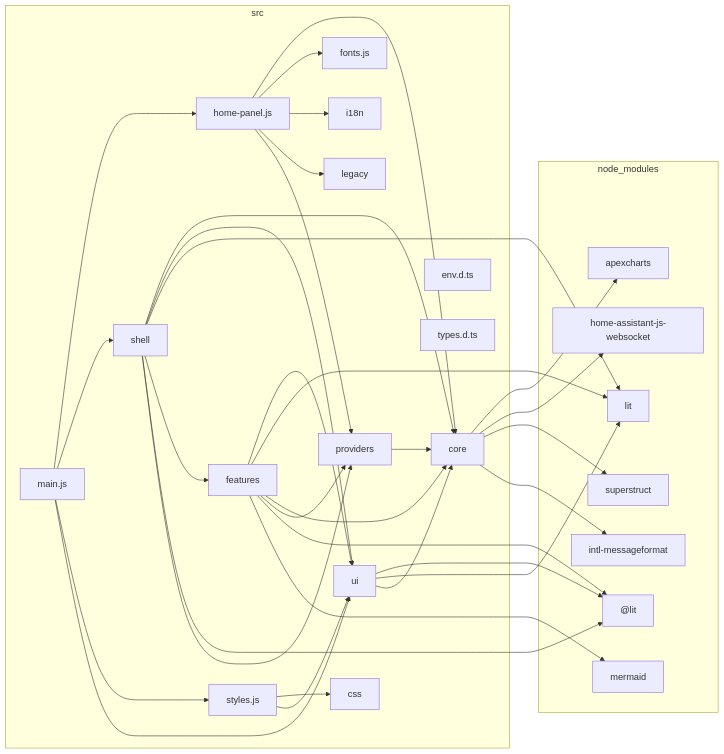
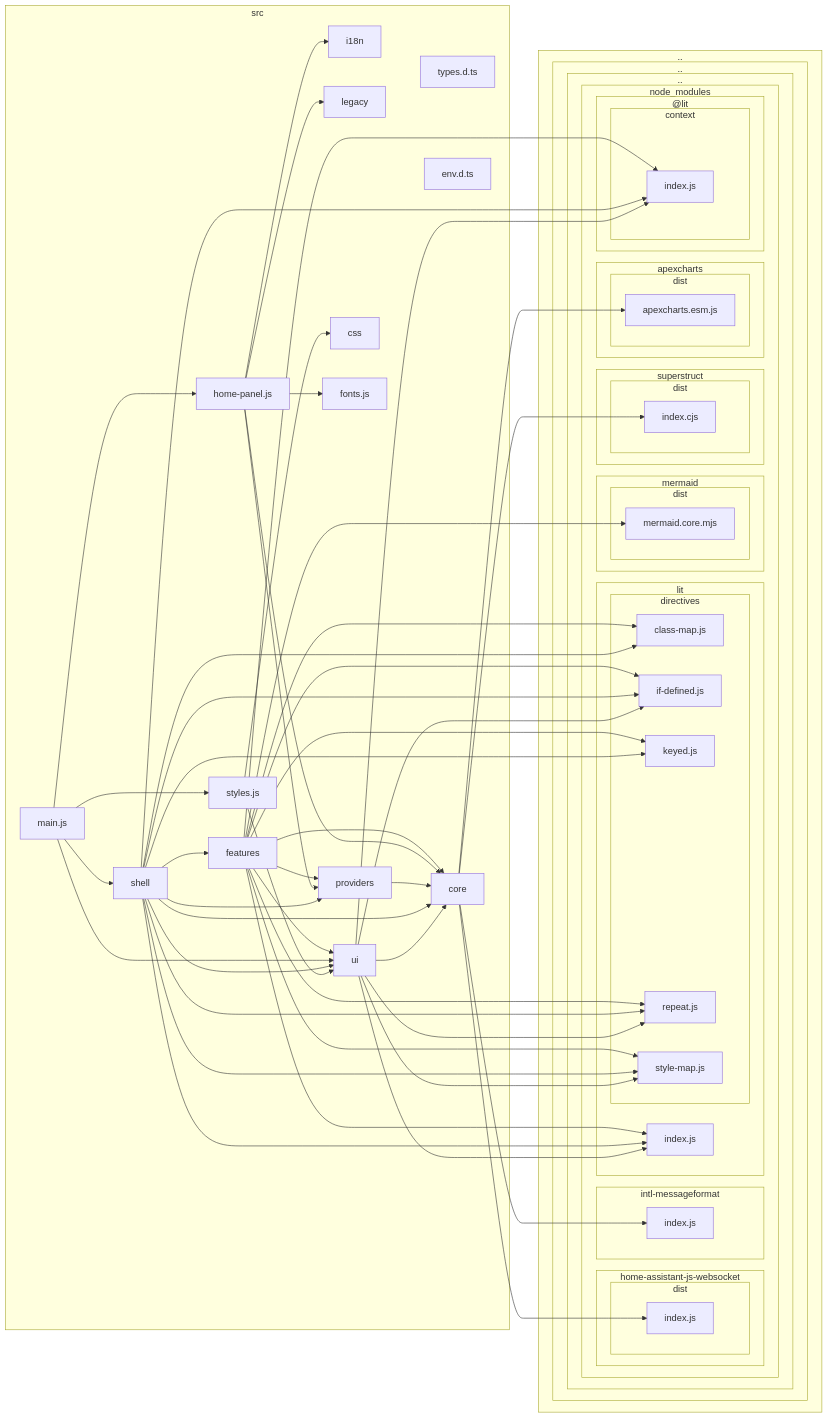
The diagram in docs/architecture/dependency-graph.md (pldelisle/ha-home-panel), drawn with Mermaid before and after one commit. The commit also changed 9 other files, not shown here.

````diff
--- a/docs/architecture/dependency-graph.md
+++ b/docs/architecture/dependency-graph.md
@@ -5,60 +5,110 @@
 ```mermaid
 flowchart LR
 
-subgraph 0["node_modules"]
-1["@lit"]
-2["apexcharts"]
-3["home-assistant-js-websocket"]
-4["intl-messageformat"]
-5["lit"]
-6["mermaid"]
-7["superstruct"]
+subgraph 0[".."]
+subgraph 1[".."]
+subgraph 2[".."]
+subgraph 3["node_modules"]
+subgraph 4["@lit"]
+subgraph 5["context"]
+6["index.js"]
 end
-subgraph 8["src"]
-9["core"]
-A["css"]
-B["env.d.ts"]
-C["features"]
-D["fonts.js"]
-E["home-panel.js"]
-F["i18n"]
-G["legacy"]
-H["main.js"]
-I["providers"]
-J["shell"]
-K["styles.js"]
-L["types.d.ts"]
-M["ui"]
 end
-9-->2
-9-->3
-9-->7
-9-->4
-C-->M
-C-->5
-C-->9
-C-->I
-C-->1
-C-->6
-E-->9
-E-->D
-E-->F
-E-->G
-E-->I
-H-->E
-H-->J
-H-->K
-H-->M
-I-->9
-J-->9
-J-->M
-J-->5
-J-->C
-J-->1
-J-->I
-K-->A
-K-->M
-M-->1
-M-->5
-M-->9
+subgraph 7["apexcharts"]
+subgraph 8["dist"]
+9["apexcharts.esm.js"]
+end
+end
+subgraph A["home-assistant-js-websocket"]
+subgraph B["dist"]
+C["index.js"]
+end
+end
+subgraph D["intl-messageformat"]
+E["index.js"]
+end
+subgraph F["lit"]
+subgraph G["directives"]
+H["class-map.js"]
+I["if-defined.js"]
+J["keyed.js"]
+K["repeat.js"]
+L["style-map.js"]
+end
+M["index.js"]
+end
+subgraph N["mermaid"]
+subgraph O["dist"]
+P["mermaid.core.mjs"]
+end
+end
+subgraph Q["superstruct"]
+subgraph R["dist"]
+S["index.cjs"]
+end
+end
+end
+end
+end
+end
+subgraph T["src"]
+U["core"]
+V["css"]
+W["env.d.ts"]
+X["features"]
+Y["fonts.js"]
+Z["home-panel.js"]
+10["i18n"]
+11["legacy"]
+12["main.js"]
+13["providers"]
+14["shell"]
+15["styles.js"]
+16["types.d.ts"]
+17["ui"]
+end
+U-->9
+U-->C
+U-->S
+U-->E
+X-->17
+X-->M
+X-->H
+X-->I
+X-->K
+X-->U
+X-->13
+X-->6
+X-->P
+X-->J
+X-->L
+Z-->U
+Z-->Y
+Z-->10
+Z-->11
+Z-->13
+12-->Z
+12-->14
+12-->15
+12-->17
+13-->U
+14-->U
+14-->17
+14-->M
+14-->X
+14-->6
+14-->H
+14-->I
+14-->J
+14-->K
+14-->13
+14-->L
+15-->V
+15-->17
+17-->6
+17-->M
+17-->U
+17-->K
+17-->L
+17-->I
 ```
````
